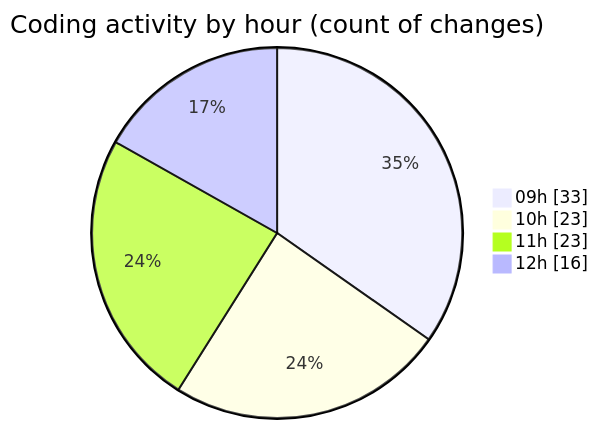
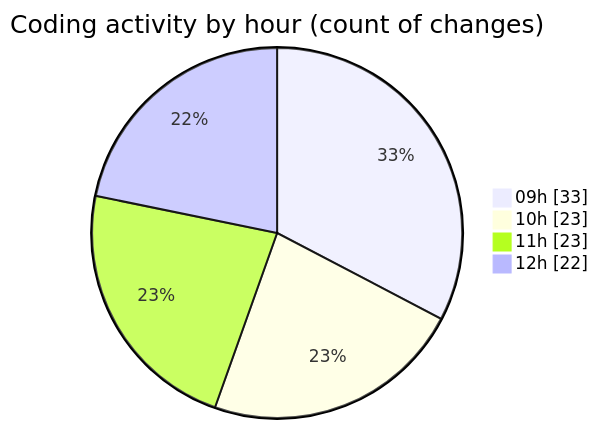
The second of 2 diagrams in 2025-05-20/ecodeli-1/README.md (CELIANVF/code-tracking), drawn with Mermaid before and after one commit. The commit also changed other lines of this file and 1 other file, not shown here.

````diff
--- a/2025-05-20/ecodeli-1/README.md
+++ b/2025-05-20/ecodeli-1/README.md
@@ -64,8 +67,8 @@
 ```mermaid
 pie showData
 title Coding activity by hour (count of changes)
 "09h" : 33
 "10h" : 23
 "11h" : 23
-"12h" : 16
+"12h" : 22
 ```
````
